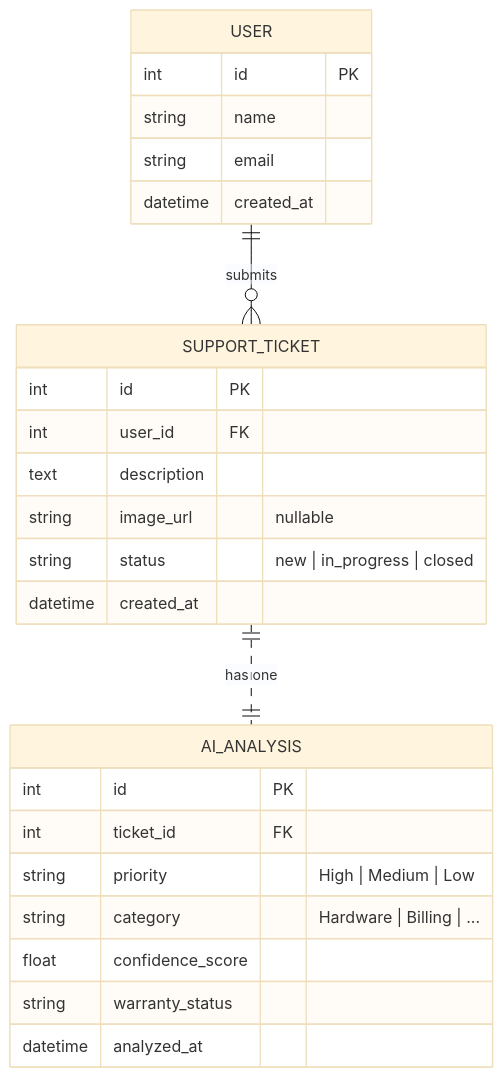
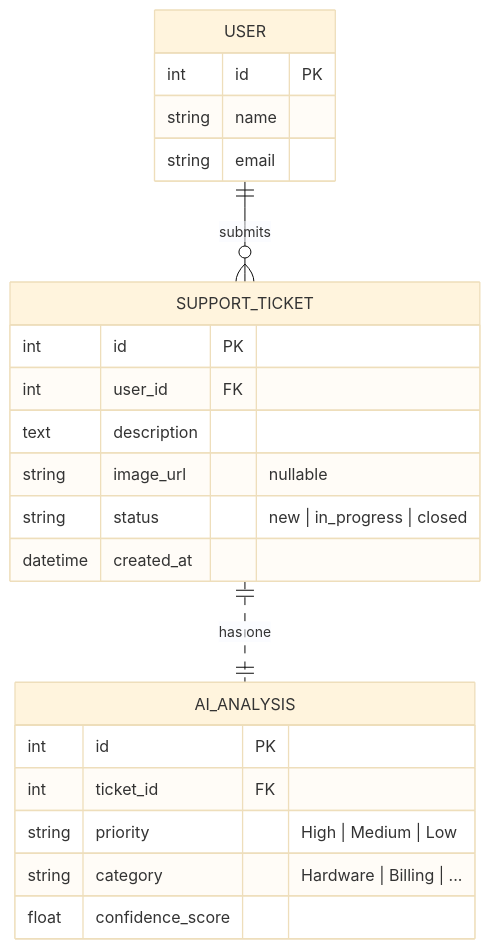
One commit to RomanNihal/HackTheAI-FInal changed the diagram in ER.md. Above: the diagram before and after it, drawn with Mermaid (base theme). The commit also changed 5 other files, not shown here.

````diff
--- a/ER.md
+++ b/ER.md
@@ -1,31 +1,28 @@
 ```mermaid
 erDiagram
     USER ||--o{ SUPPORT_TICKET : "submits"
     SUPPORT_TICKET ||..|| AI_ANALYSIS : "has one"
 
     USER {
         int id PK
         string name
         string email
-        datetime created_at
     }
 
     SUPPORT_TICKET {
         int id PK
         int user_id FK
         text description
         string image_url "nullable"
         string status "new | in_progress | closed"
         datetime created_at
     }
 
     AI_ANALYSIS {
         int id PK
         int ticket_id FK
         string priority "High | Medium | Low"
         string category "Hardware | Billing | ..."
         float confidence_score
-        string warranty_status
-        datetime analyzed_at
     }
 ```
````
